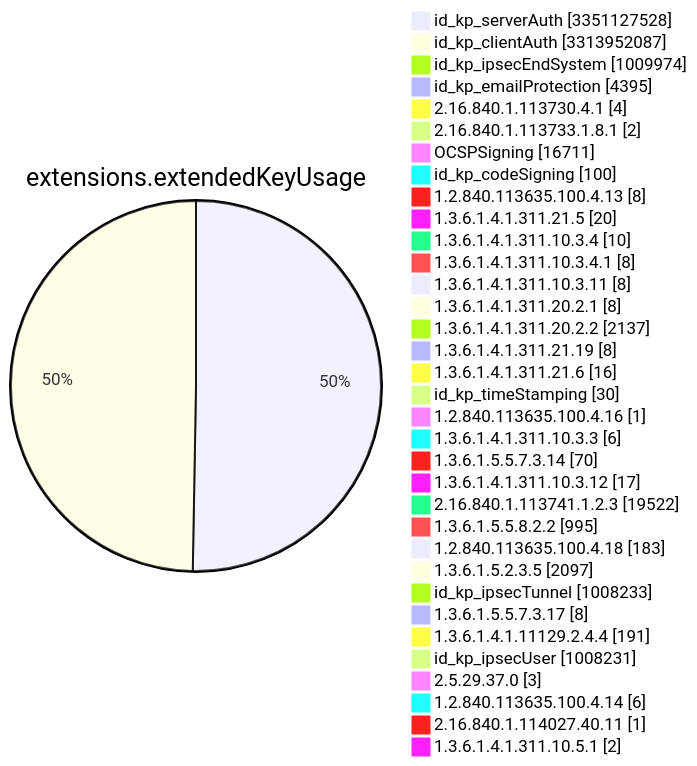
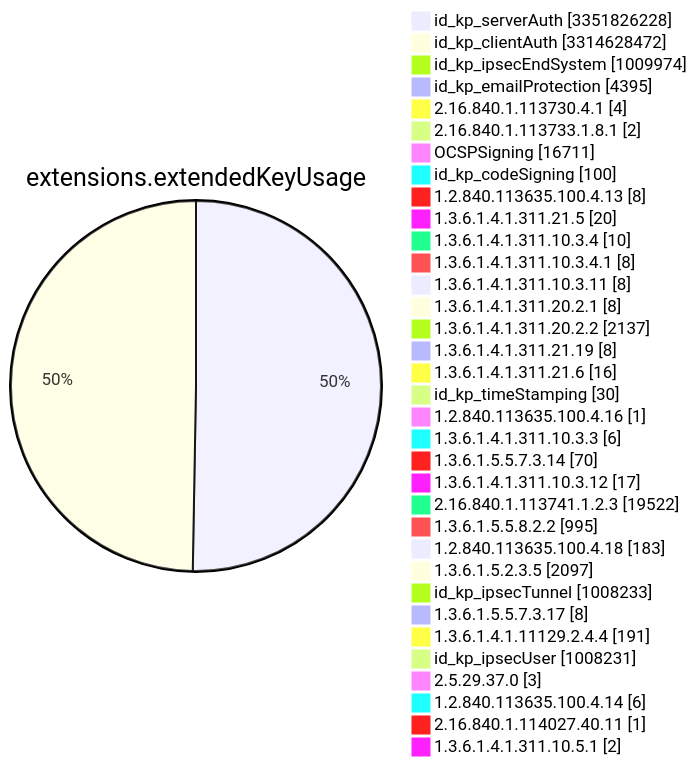
One commit to christiankrug/ctmonitor_visualization changed diagram 11 of 15 in TOTAL/README.md. Above: the diagram before and after it, drawn with Mermaid. The commit also changed other lines of this file, not shown here.

````diff
--- a/TOTAL/README.md
+++ b/TOTAL/README.md
@@ -4120,38 +4120,38 @@
 ```mermaid
 pie showData
 title extensions.extendedKeyUsage
-"id_kp_serverAuth" :3351127528
-"id_kp_clientAuth" :3313952087
+"id_kp_serverAuth" :3351826228
+"id_kp_clientAuth" :3314628472
 "id_kp_ipsecEndSystem" :1009974
 "id_kp_emailProtection" :4395
 "2.16.840.1.113730.4.1" :4
 "2.16.840.1.113733.1.8.1" :2
 "OCSPSigning" :16711
 "id_kp_codeSigning" :100
 "1.2.840.113635.100.4.13" :8
 "1.3.6.1.4.1.311.21.5" :20
 "1.3.6.1.4.1.311.10.3.4" :10
 "1.3.6.1.4.1.311.10.3.4.1" :8
 "1.3.6.1.4.1.311.10.3.11" :8
 "1.3.6.1.4.1.311.20.2.1" :8
 "1.3.6.1.4.1.311.20.2.2" :2137
 "1.3.6.1.4.1.311.21.19" :8
 "1.3.6.1.4.1.311.21.6" :16
 "id_kp_timeStamping" :30
 "1.2.840.113635.100.4.16" :1
 "1.3.6.1.4.1.311.10.3.3" :6
 "1.3.6.1.5.5.7.3.14" :70
 "1.3.6.1.4.1.311.10.3.12" :17
 "2.16.840.1.113741.1.2.3" :19522
 "1.3.6.1.5.5.8.2.2" :995
 "1.2.840.113635.100.4.18" :183
 "1.3.6.1.5.2.3.5" :2097
 "id_kp_ipsecTunnel" :1008233
 "1.3.6.1.5.5.7.3.17" :8
 "1.3.6.1.4.1.11129.2.4.4" :191
 "id_kp_ipsecUser" :1008231
 "2.5.29.37.0" :3
 "1.2.840.113635.100.4.14" :6
 "2.16.840.1.114027.40.11" :1
 "1.3.6.1.4.1.311.10.5.1" :2
 ```
````
